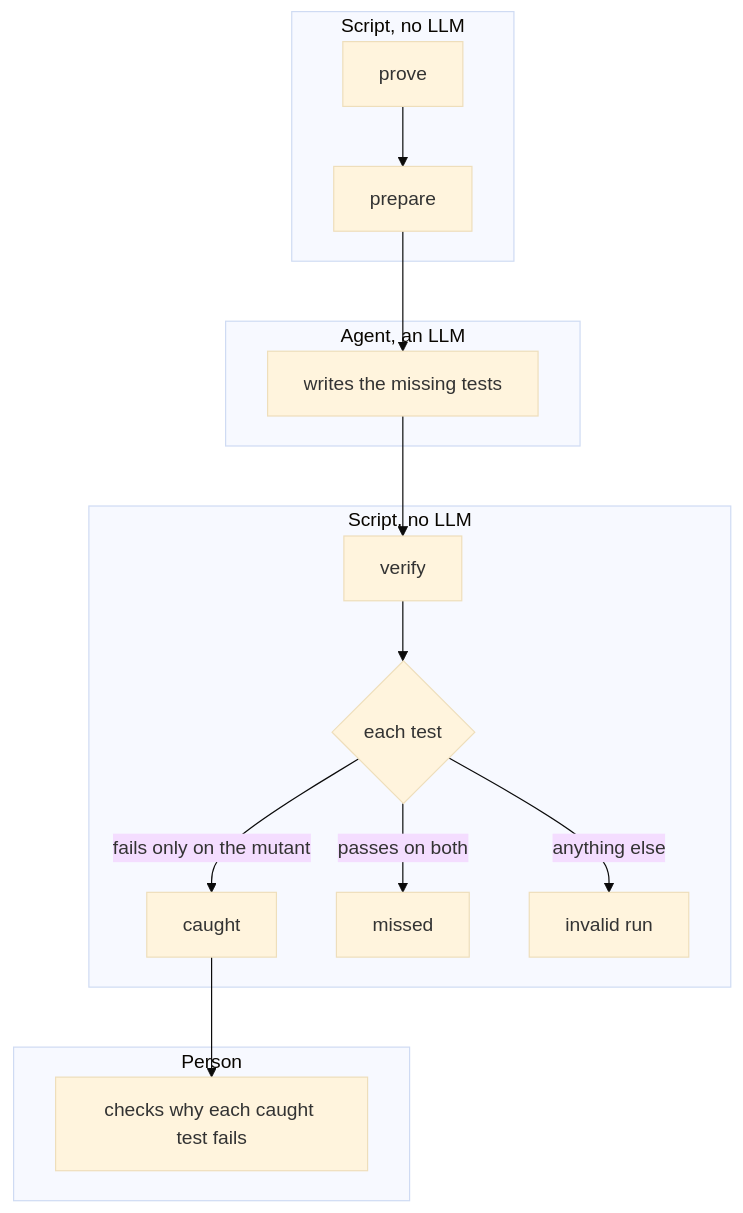
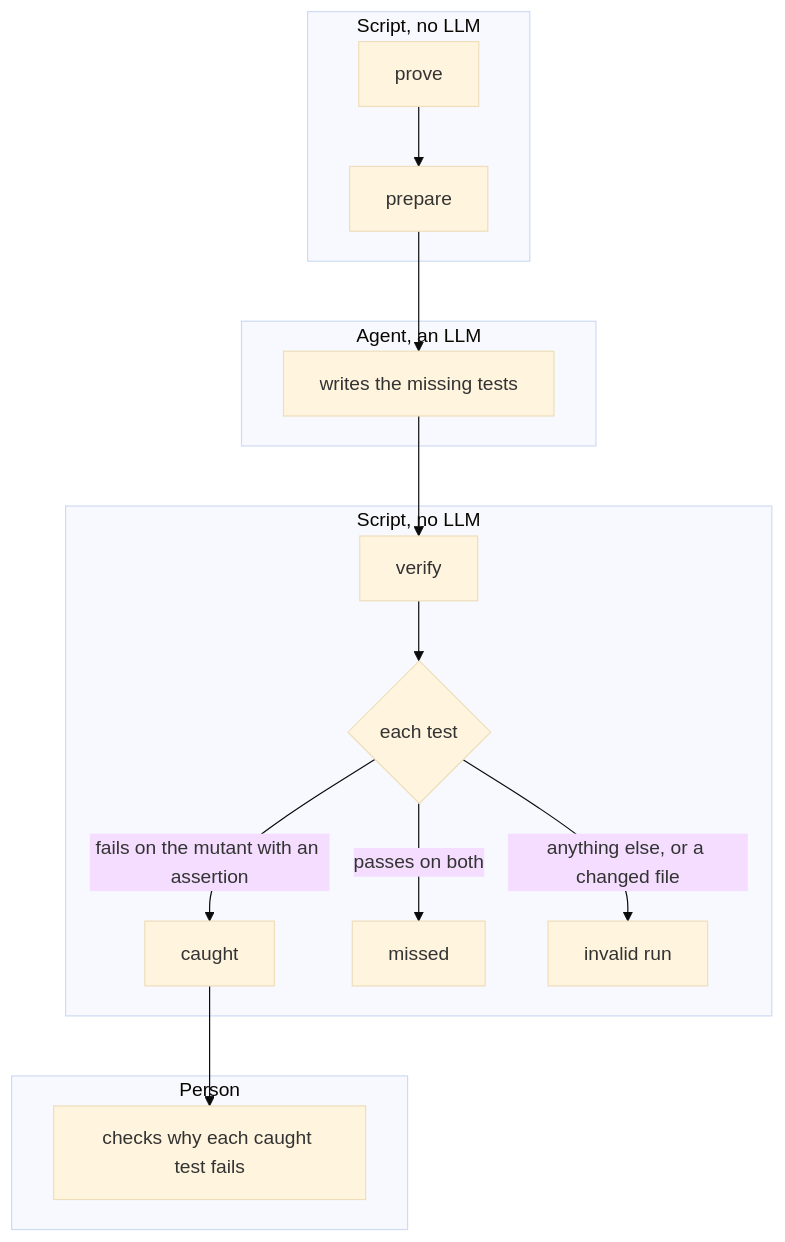
One commit to furkankuscu08/blue_harvest changed the diagram in guard/README.md. Above: the diagram before and after it, drawn with Mermaid (base theme). The commit also changed 2 other files, not shown here.

Commit message:
Name the assertion in the guard flowchart; show the refusal on the service card

````diff
--- a/guard/README.md
+++ b/guard/README.md
@@ -7,20 +7,20 @@
 ```mermaid
 flowchart TD
     subgraph S1["Script, no LLM"]
         A["prove"] --> B["prepare"]
     end
     subgraph S2["Agent, an LLM"]
         C["writes the missing tests"]
     end
     subgraph S3["Script, no LLM"]
         D["verify"] --> E{"each test"}
-        E -->|"fails only on the mutant"| F["caught"]
+        E -->|"fails on the mutant with an assertion"| F["caught"]
         E -->|"passes on both"| G["missed"]
-        E -->|"anything else"| H["invalid run"]
+        E -->|"anything else, or a changed file"| H["invalid run"]
     end
     subgraph S4["Person"]
         I["checks why each caught test fails"]
     end
     B --> C --> D
     F --> I
 ```
````
